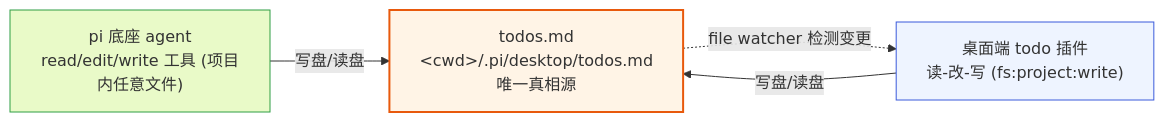
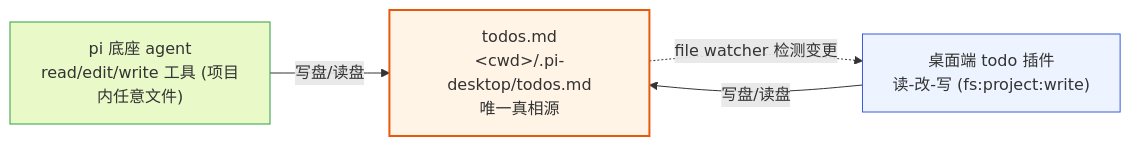
One commit to GOODDAYDAY/my-harness-desktop changed the first of 3 diagrams in docs/plugins/16-plugin-todo.md. Above: the diagram before and after it, drawn with Mermaid. The commit also changed other lines of this file and 21 other files, not shown here.

````diff
--- a/docs/plugins/16-plugin-todo.md
+++ b/docs/plugins/16-plugin-todo.md
@@ -85,15 +85,15 @@
 ```mermaid
 flowchart LR
-    FILE["todos.md<br/>&lt;cwd&gt;/.pi/desktop/todos.md<br/>唯一真相源"]
+    FILE["todos.md<br/>&lt;cwd&gt;/.pi-desktop/todos.md<br/>唯一真相源"]
     DESK["桌面端 todo 插件<br/>读-改-写 (fs:project:write)"]
     AGENT["pi 底座 agent<br/>read/edit/write 工具 (项目内任意文件)"]
     DESK -->|"写盘/读盘"| FILE
     AGENT -->|"写盘/读盘"| FILE
     FILE -.->|"file watcher 检测变更"| DESK
     classDef file fill:#fff4e6,stroke:#e8590c,stroke-width:2px;
     classDef desk fill:#eef4ff,stroke:#3b5bdb;
     classDef agent fill:#e9fac8,stroke:#2f9e44;
     class FILE file;
     class DESK desk;
     class AGENT agent;
 ```
````
